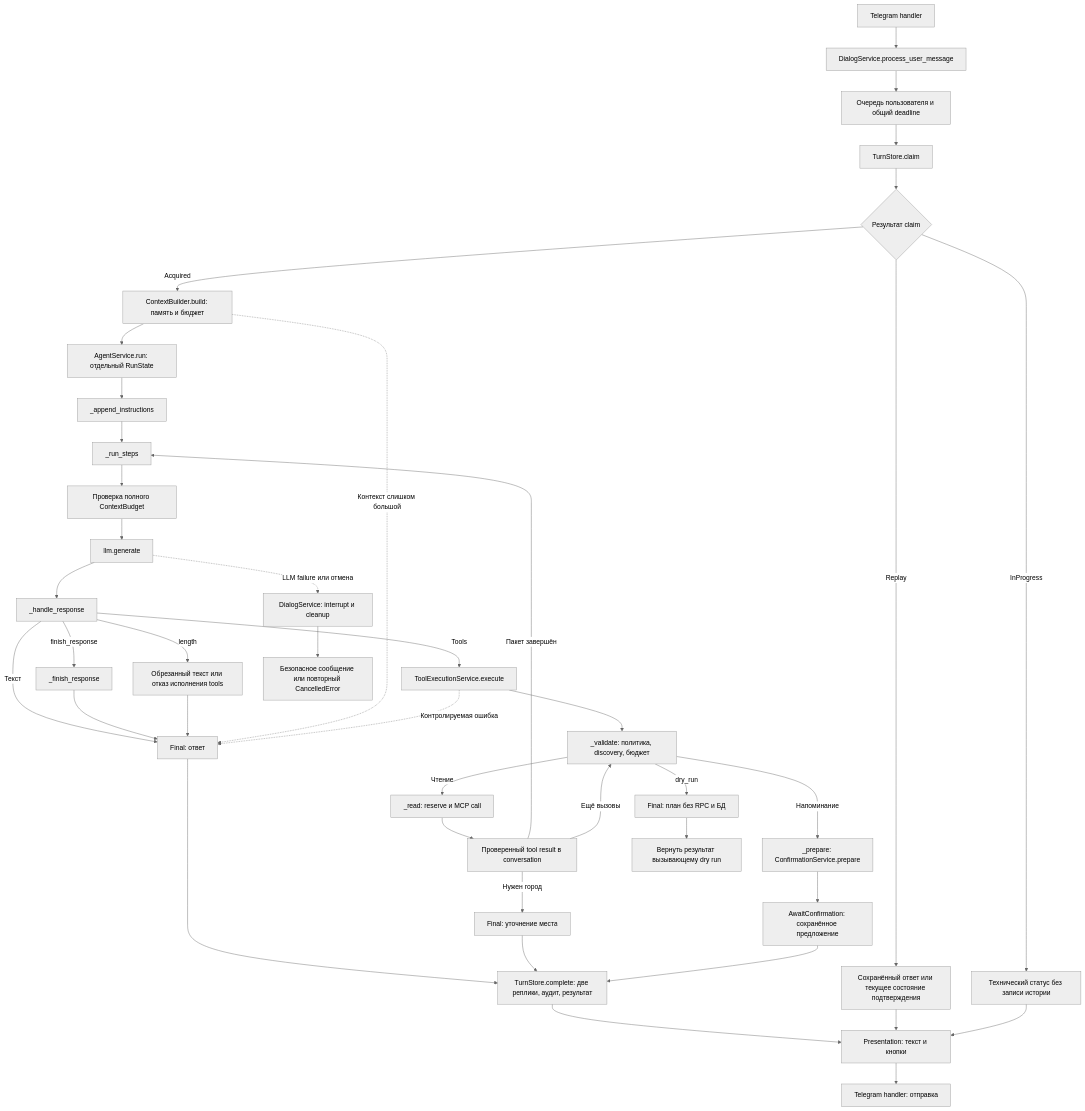
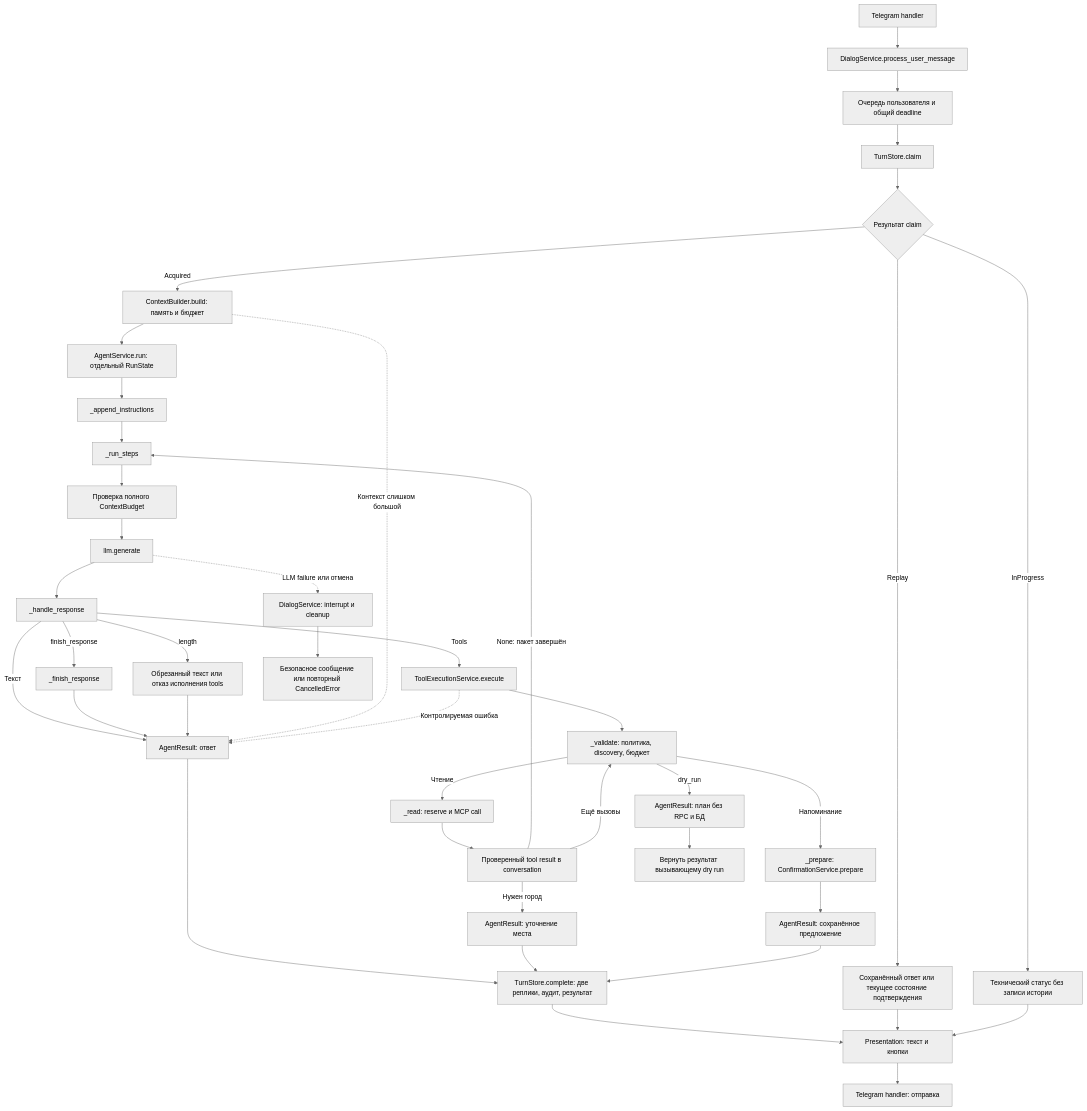
Before and after one commit to KryptonFox/ai-in-sd-bot: the diagram in docs/architecture/agent-service.md, drawn with Mermaid (neutral theme). The commit also changed other lines of this file and 76 other files, not shown here.

First line of the commit message:
refactor: simplify agent services and document lab2 architecture

````diff
--- a/docs/architecture/agent-service.md
+++ b/docs/architecture/agent-service.md
@@ -19,43 +19,43 @@
 ```mermaid
 flowchart TD
     Handler[Telegram handler] --> Dialog[DialogService.process_user_message]
     Dialog --> Queue[Очередь пользователя и общий deadline]
     Queue --> Claim[TurnStore.claim]
     Claim --> Kind{Результат claim}
     Kind -->|Replay| Cached[Сохранённый ответ или текущее состояние подтверждения]
     Kind -->|InProgress| Busy[Технический статус без записи истории]
     Kind -->|Acquired| Context[ContextBuilder.build: память и бюджет]
     Context --> Run[AgentService.run: отдельный RunState]
     Run --> Instructions[_append_instructions]
     Instructions --> Loop[_run_steps]
     Loop --> Budget[Проверка полного ContextBudget]
     Budget --> Model[llm.generate]
     Model --> Handle[_handle_response]
-    Handle -->|Текст| Final[Final: ответ]
+    Handle -->|Текст| Final[AgentResult: ответ]
     Handle -->|finish_response| Finish[_finish_response]
     Finish --> Final
     Handle -->|length| Truncated[Обрезанный текст или отказ исполнения tools]
     Truncated --> Final
     Handle -->|Tools| Tools[ToolExecutionService.execute]
     Tools --> Validate[_validate: политика, discovery, бюджет]
     Validate -->|Чтение| Read[_read: reserve и MCP call]
     Read --> ToolResult[Проверенный tool result в conversation]
-    ToolResult -->|Нужен город| Clarify[Final: уточнение места]
-    ToolResult -->|Пакет завершён| Loop
+    ToolResult -->|Нужен город| Clarify[AgentResult: уточнение места]
+    ToolResult -->|None: пакет завершён| Loop
     ToolResult -->|Ещё вызовы| Validate
     Validate -->|Напоминание| Prepare[_prepare: ConfirmationService.prepare]
-    Prepare --> Await[AwaitConfirmation: сохранённое предложение]
-    Validate -->|dry_run| Planned[Final: план без RPC и БД]
+    Prepare --> Await[AgentResult: сохранённое предложение]
+    Validate -->|dry_run| Planned[AgentResult: план без RPC и БД]
     Final --> Commit[TurnStore.complete: две реплики, аудит, результат]
     Clarify --> Commit
     Await --> Commit
     Commit --> Render[Presentation: текст и кнопки]
     Cached --> Render
     Busy --> Render
     Render --> Send[Telegram handler: отправка]
     Planned --> Eval[Вернуть результат вызывающему dry run]
     Model -.->|LLM failure или отмена| Interrupt[DialogService: interrupt и cleanup]
     Context -.->|Контекст слишком большой| Final
     Tools -.->|Контролируемая ошибка| Final
     Interrupt --> Error[Безопасное сообщение или повторный CancelledError]
 ```
````
